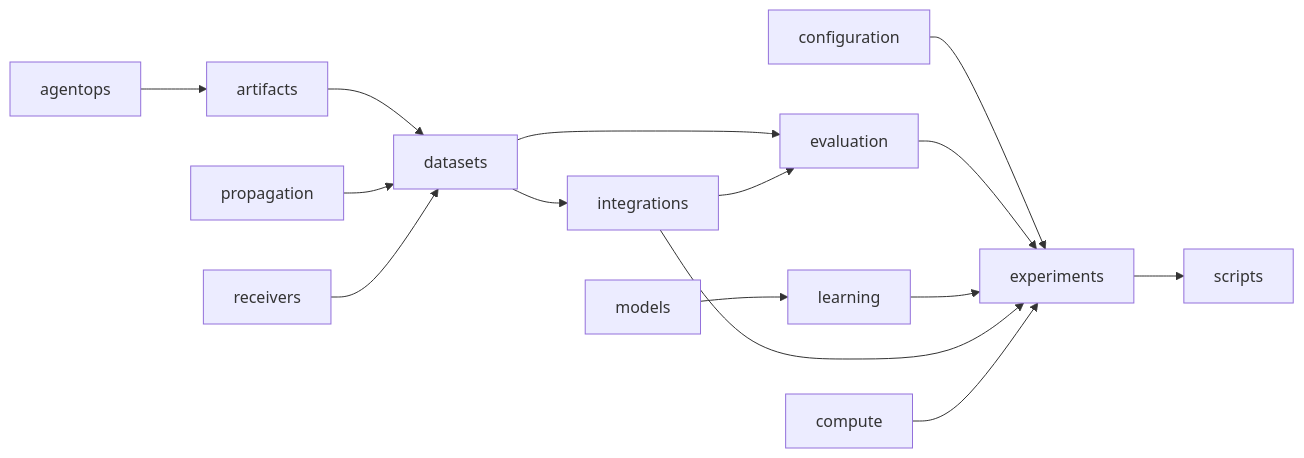
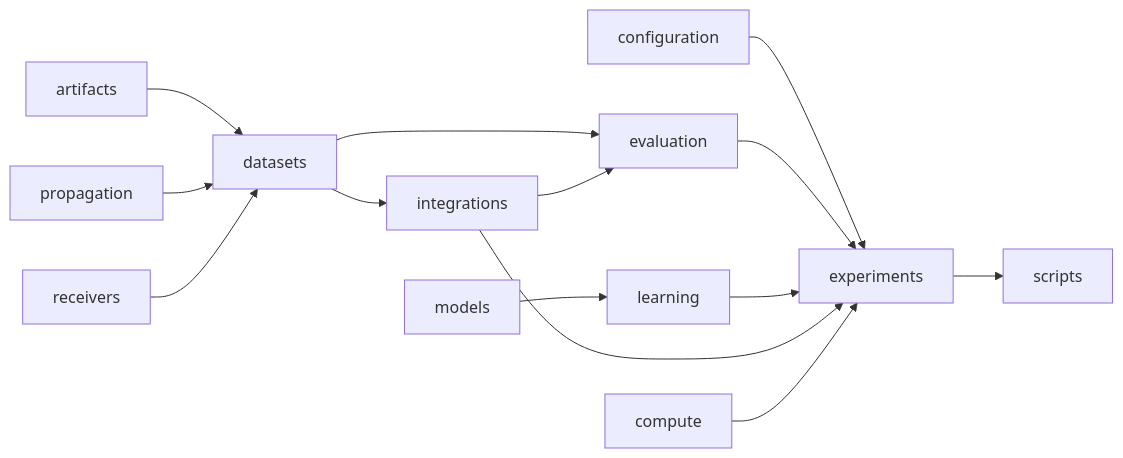
One commit to nntk072/5g-nr-channel-condition changed the diagram in ARCHITECTURE.md. Above: the diagram before and after it, drawn with Mermaid. The commit also changed other lines of this file and 123 other files, not shown here.

````diff
--- a/ARCHITECTURE.md
+++ b/ARCHITECTURE.md
@@ -17,17 +17,16 @@
 ```mermaid
 flowchart LR
     Artifacts[artifacts] --> Datasets[datasets]
     Configuration[configuration] --> Experiments[experiments]
     Propagation[propagation] --> Datasets
     Receivers[receivers] --> Datasets
     Datasets --> Integrations[integrations]
     Datasets --> Evaluation[evaluation]
     Integrations --> Evaluation
     Models[models] --> Learning[learning]
     Evaluation --> Experiments
     Learning --> Experiments
     Integrations --> Experiments
     Experiments --> Scripts[scripts]
     Compute[compute] --> Experiments
-    Agentops[agentops] --> Artifacts
 ```
````
